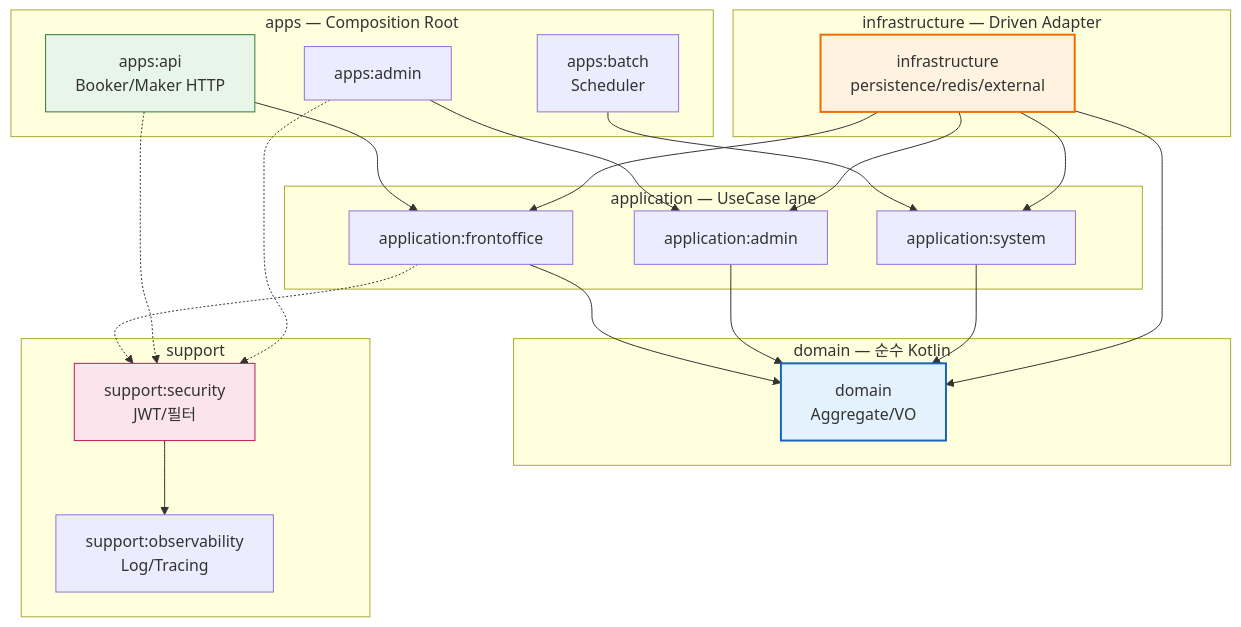
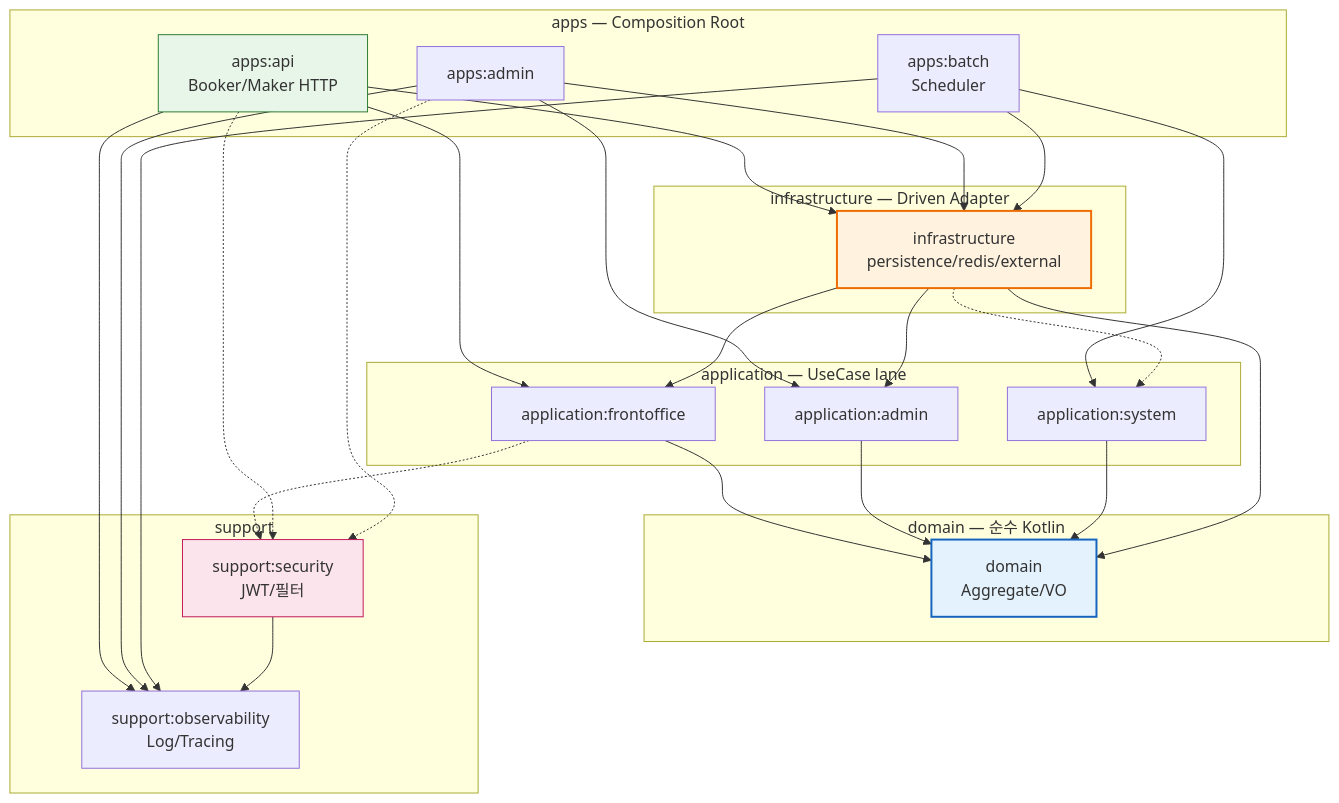
The diagram in docs/architecture/architecture.md (TEAM-BEAT/BEAT-SERVER), drawn with Mermaid before and after one commit. The commit also changed other lines of this file and 4 other files, not shown here.

````diff
--- a/docs/architecture/architecture.md
+++ b/docs/architecture/architecture.md
@@ -80,43 +80,49 @@
 ```mermaid
 flowchart TB
     subgraph Runtime[apps — Composition Root]
       api[apps:api<br/>Booker/Maker HTTP]
       adminApi[apps:admin]
       batch[apps:batch<br/>Scheduler]
     end
     subgraph Application[application — UseCase lane]
       frontoffice[application:frontoffice]
       adminApp[application:admin]
       system[application:system]
     end
     subgraph Domain[domain — 순수 Kotlin]
       dom[domain<br/>Aggregate/VO]
     end
     subgraph Infra[infrastructure — Driven Adapter]
       infra[infrastructure<br/>persistence/redis/external]
     end
     subgraph Support[support]
       sec[support:security<br/>JWT/필터]
       obs[support:observability<br/>Log/Tracing]
     end
 
     api --> frontoffice
     adminApi --> adminApp
     batch --> system
     frontoffice --> dom
     adminApp --> dom
     system --> dom
     infra --> frontoffice
     infra --> adminApp
-    infra --> system
+    infra -.-> system
     infra --> dom
+    api --> infra
+    adminApi --> infra
+    batch --> infra
+    api --> obs
+    adminApi --> obs
+    batch --> obs
     sec --> obs
     frontoffice -.-> sec
     api -.-> sec
     adminApi -.-> sec
 
     style dom fill:#e3f2fd,stroke:#1565c0,stroke-width:2px
     style infra fill:#fff3e0,stroke:#ef6c00,stroke-width:2px
     style api fill:#e8f5e9,stroke:#2e7d32
     style sec fill:#fce4ec,stroke:#c2185b
 ```
````
